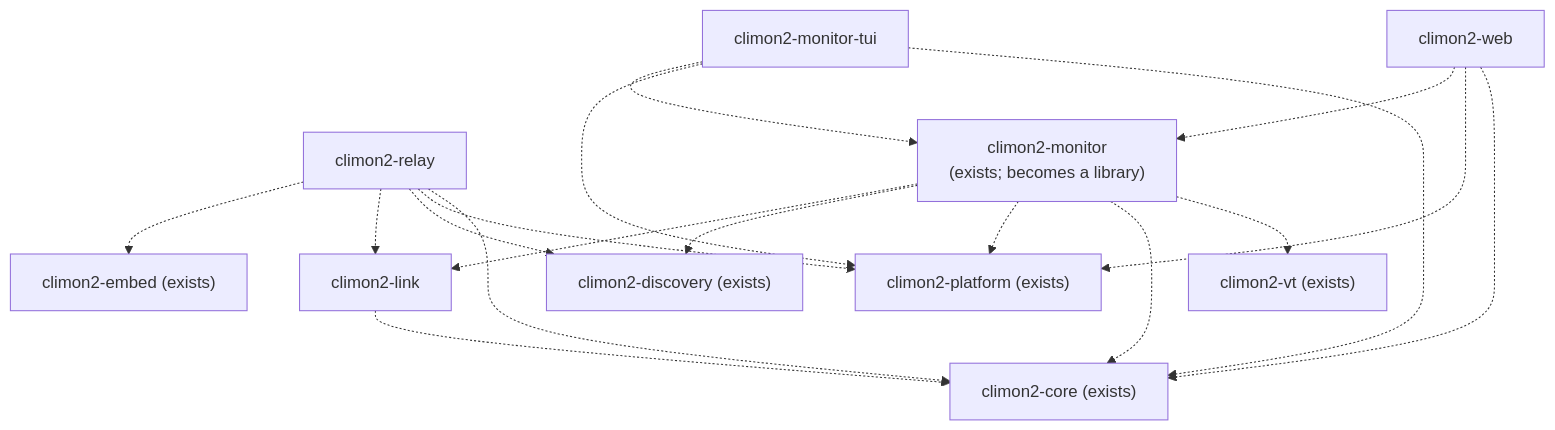
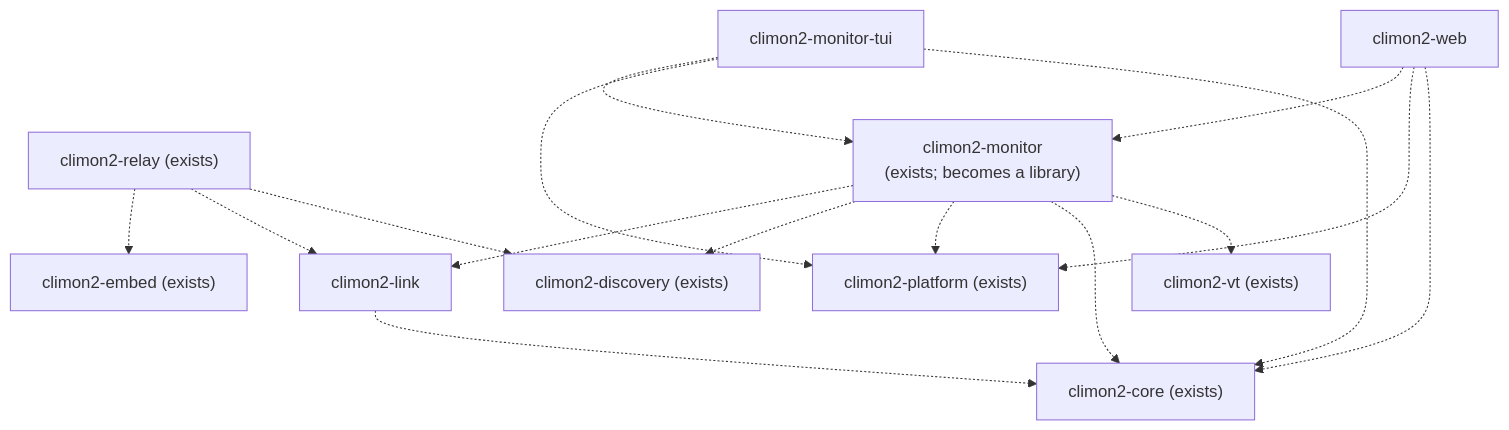
One commit to jackgeek/climon2 changed the second of 3 diagrams in docs/for-humans/architecture/crate-relationships.md. Above: the diagram before and after it, drawn with Mermaid. The commit also changed other lines of this file and 3 other files, not shown here.

First line of the commit message:
Draw the relay as built in the architecture documents (#499)

````diff
--- a/docs/for-humans/architecture/crate-relationships.md
+++ b/docs/for-humans/architecture/crate-relationships.md
@@ -72,31 +77,29 @@
 ```mermaid
 flowchart TB
     tui["climon2-monitor-tui"]
     web["climon2-web"]
-    relay["climon2-relay"]
+    relay["climon2-relay (exists)"]
     monitor["climon2-monitor<br/>(exists; becomes a library)"]
     embed["climon2-embed (exists)"]
     link["climon2-link"]
     discovery["climon2-discovery (exists)"]
     platform["climon2-platform (exists)"]
     core["climon2-core (exists)"]
     vt["climon2-vt (exists)"]
 
     tui -.-> monitor
     tui -.-> platform
     tui -.-> core
     web -.-> monitor
     web -.-> platform
     web -.-> core
     relay -.-> embed
     relay -.-> link
     relay -.-> discovery
-    relay -.-> platform
-    relay -.-> core
     monitor -.-> link
     monitor -.-> discovery
     monitor -.-> platform
     monitor -.-> core
     monitor -.-> vt
     link -.-> core
 ```
````
